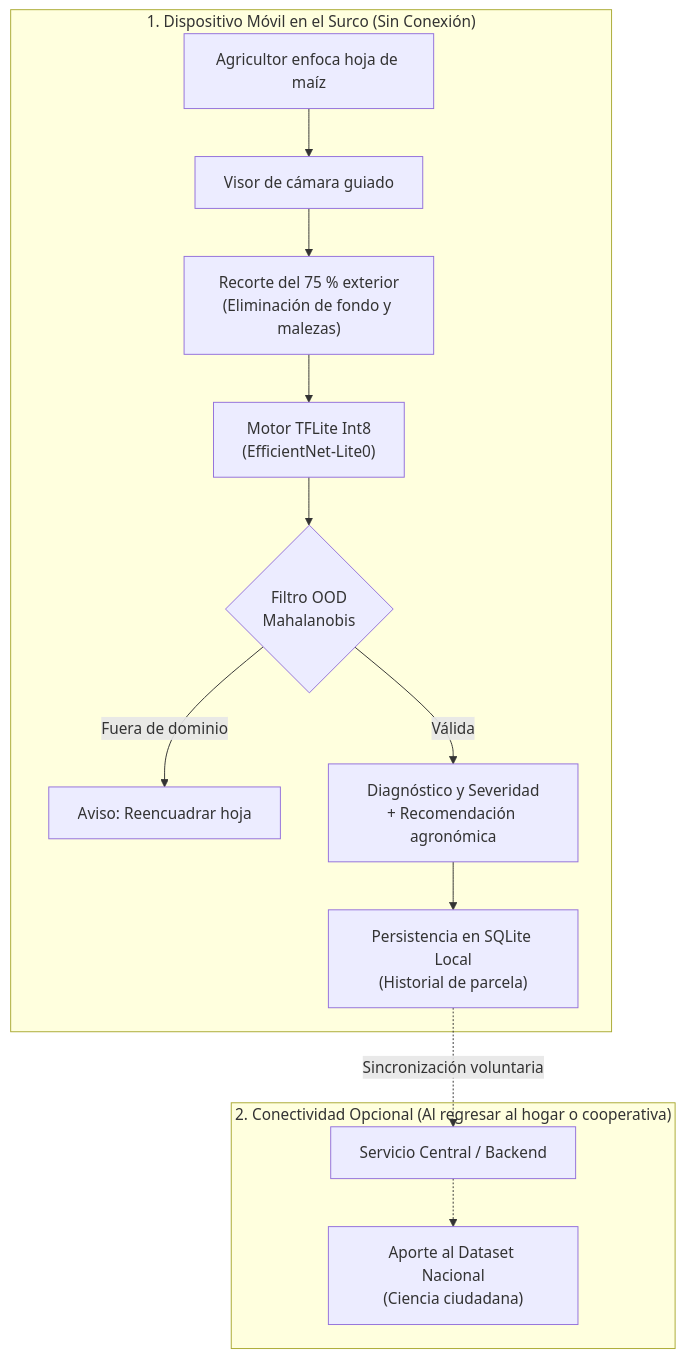
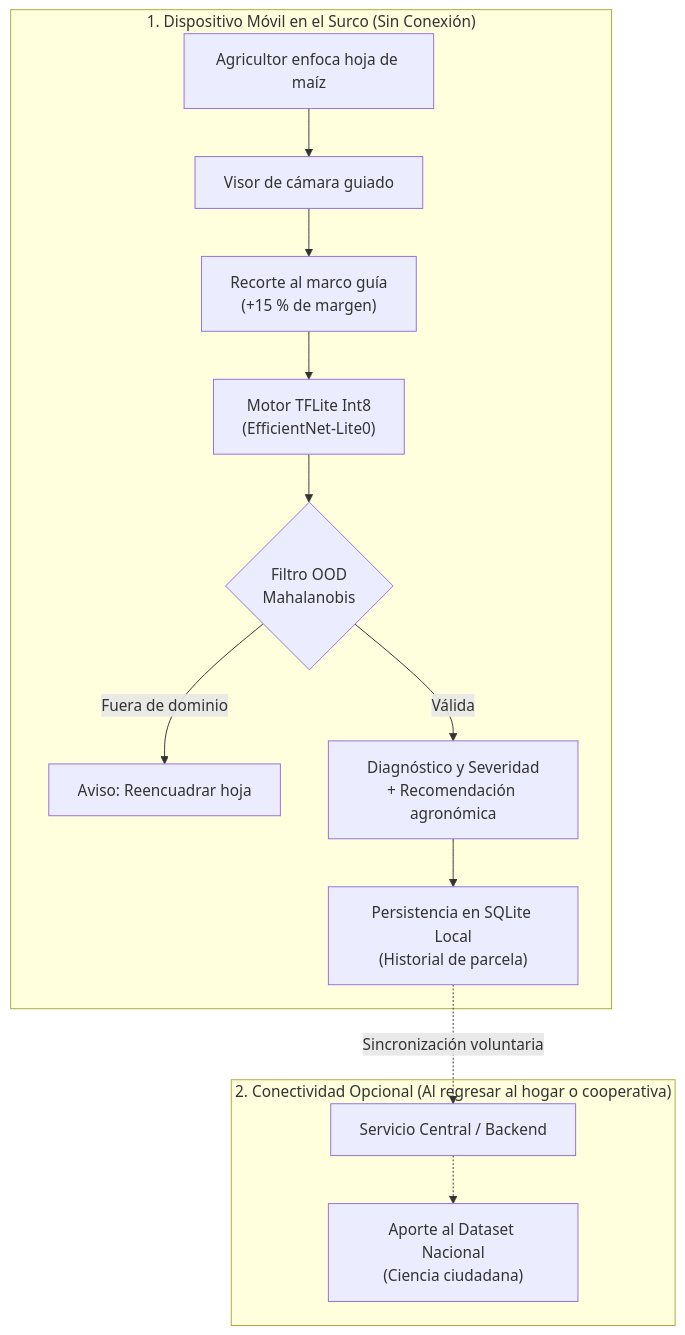
The second of 2 diagrams in docs/es/guia/index.md (daiv05/maize-doctor-classifier), drawn with Mermaid before and after one commit. The commit also changed other lines of this file and 80 other files, not shown here.

````diff
--- a/docs/es/guia/index.md
+++ b/docs/es/guia/index.md
@@ -157,17 +157,17 @@
 ```mermaid
 flowchart TD
     subgraph Campo["1. Dispositivo Móvil en el Surco (Sin Conexión)"]
         A["Agricultor enfoca hoja de maíz"] --> B["Visor de cámara guiado"]
-        B --> C["Recorte del 75 % exterior<br>(Eliminación de fondo y malezas)"]
+        B --> C["Recorte al marco guía<br>(+15 % de margen)"]
         C --> D["Motor TFLite Int8<br>(EfficientNet-Lite0)"]
         D --> E{"Filtro OOD<br>Mahalanobis"}
         E -- "Fuera de dominio" --> F["Aviso: Reencuadrar hoja"]
         E -- "Válida" --> G["Diagnóstico y Severidad<br>+ Recomendación agronómica"]
         G --> H["Persistencia en SQLite Local<br>(Historial de parcela)"]
     end
 
     subgraph Nube["2. Conectividad Opcional (Al regresar al hogar o cooperativa)"]
         H -. "Sincronización voluntaria" .-> I["Servicio Central / Backend"]
         I -.-> J["Aporte al Dataset Nacional<br>(Ciencia ciudadana)"]
     end
 ```
````
